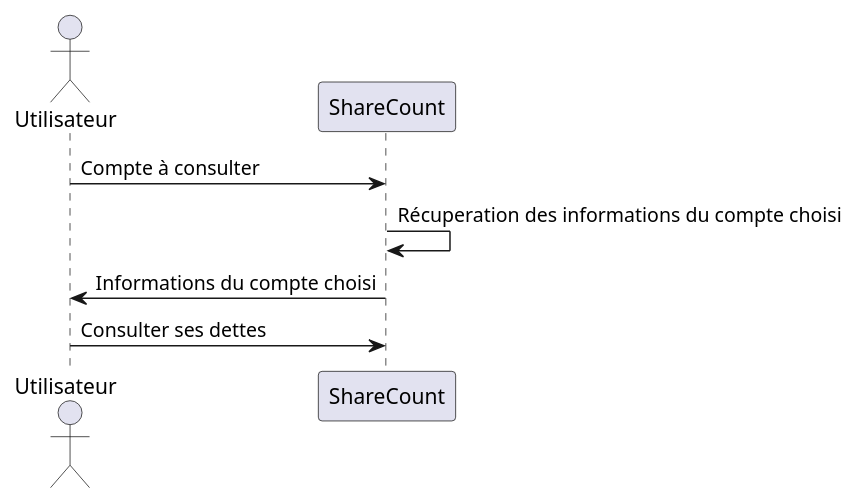
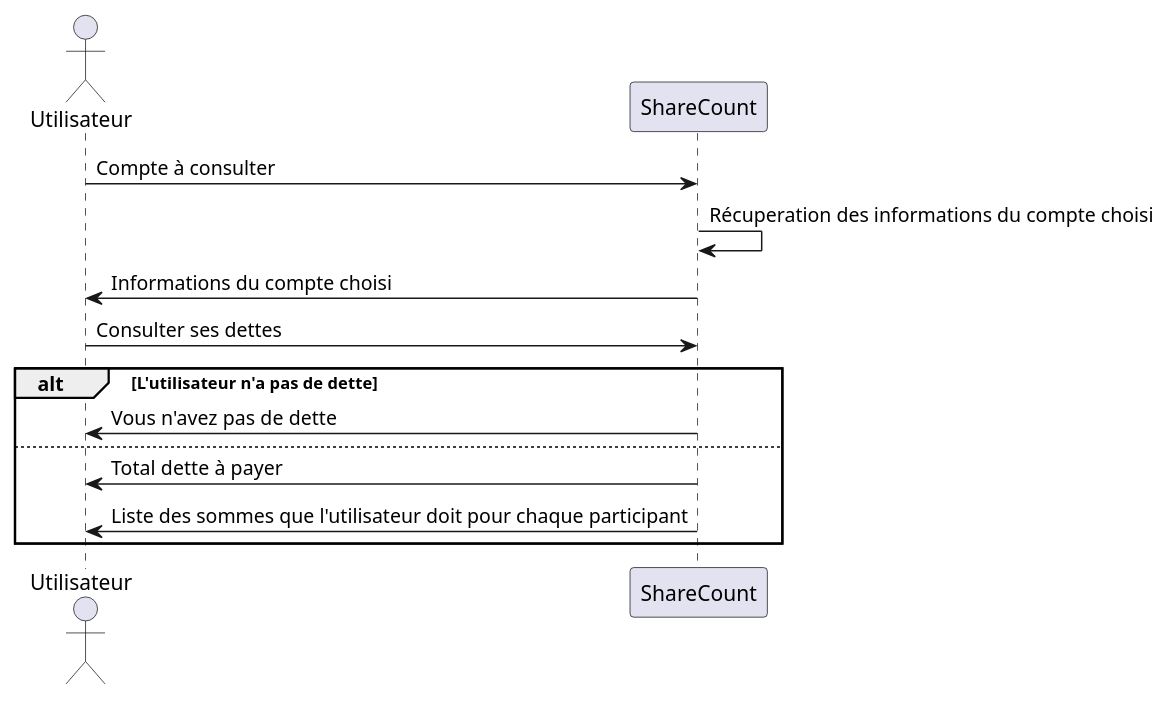
Before and after one commit to lmtb06/sharecount: the diagram in diagrammes/specification/sequence/consulter-ses-dettes.puml, drawn with PlantUML. The commit also changed 3 other files, not shown here.

```diff
--- a/diagrammes/specification/sequence/consulter-ses-dettes.puml
+++ b/diagrammes/specification/sequence/consulter-ses-dettes.puml
@@ -1,10 +1,16 @@
 @startuml "Consulter ses dettes"
 actor Utilisateur as u
 participant ShareCount as sc
 
 u 	-> 	sc : Compte à consulter
 sc	-> 	sc : Récuperation des informations du compte choisi
 u		<-	sc : Informations du compte choisi
 u 	->	sc : Consulter ses dettes
+alt L'utilisateur n'a pas de dette
+u 	<-	sc : Vous n'avez pas de dette
+else
+u 	<-	sc : Total dette à payer
+u 	<-	sc : Liste des sommes que l'utilisateur doit pour chaque participant
+end
 
 @enduml
```
